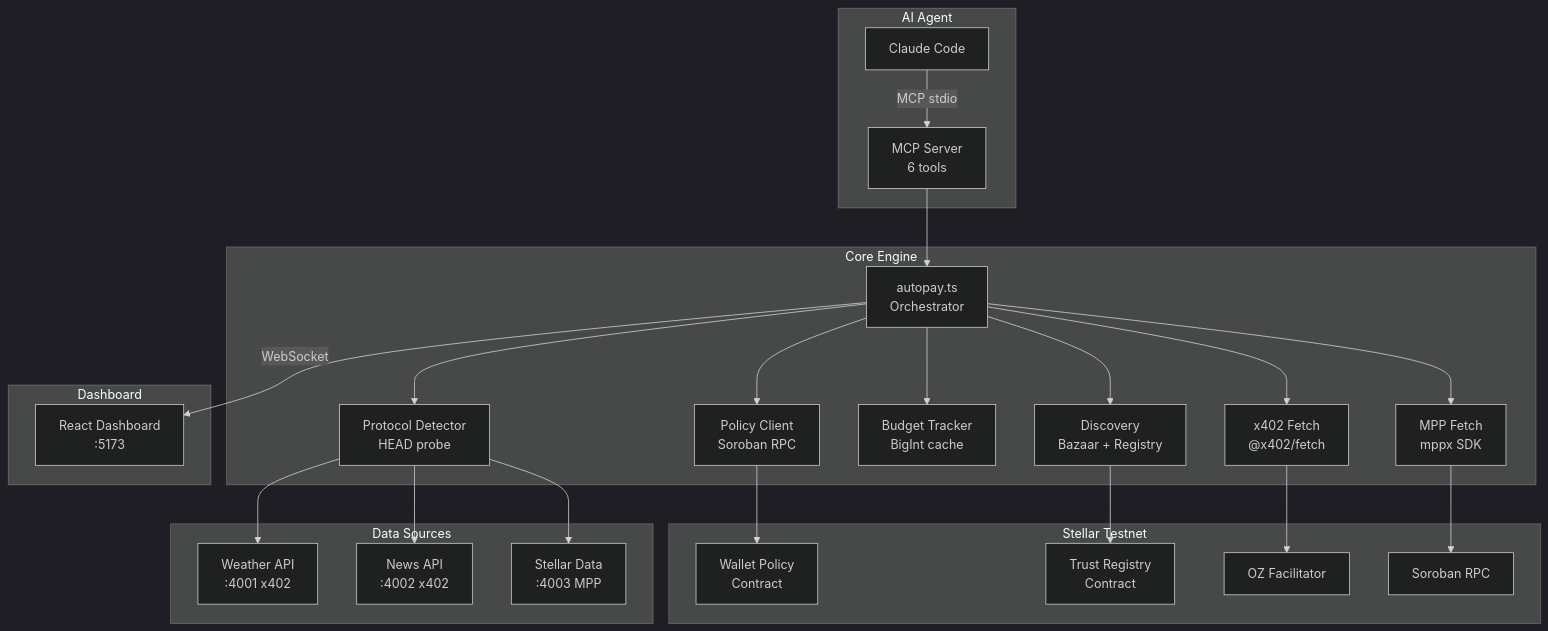
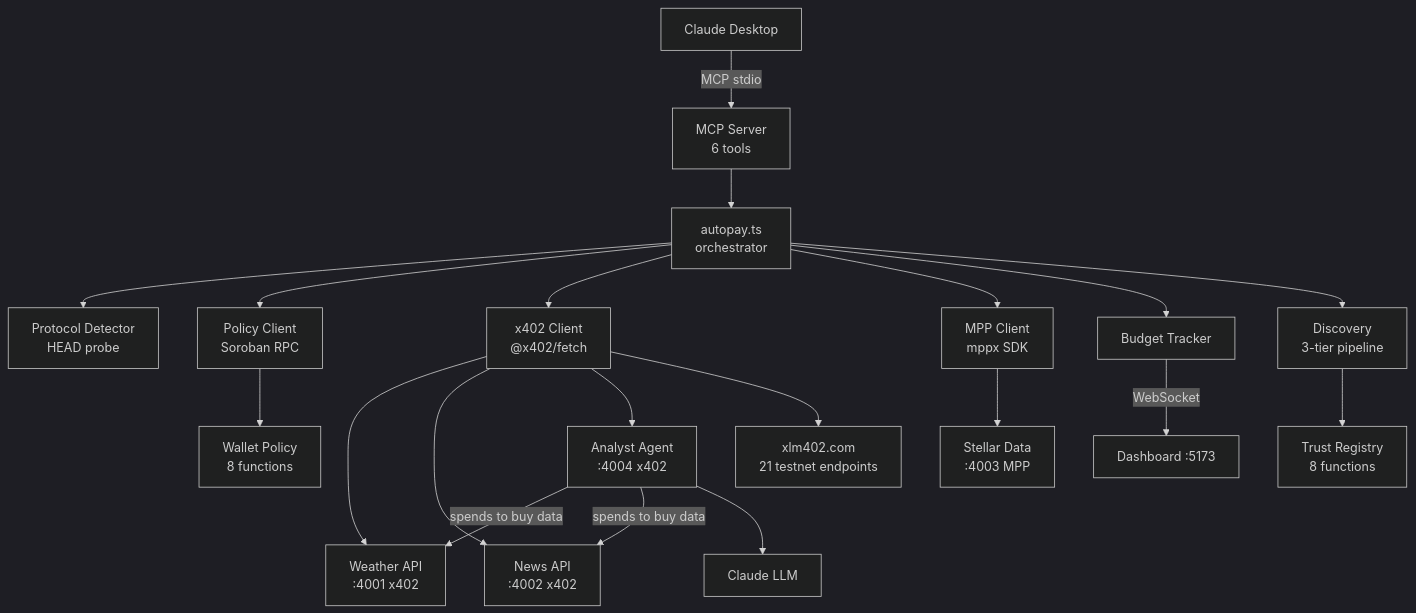
Before and after one commit to Andy00L/x402-autopilot: the diagram in README.md, drawn with Mermaid (dark theme). The commit also changed other lines of this file and 7 other files, not shown here.

Commit message:
final: docs, agent-to-agent, xlm402, trust-registry-v2

````diff
--- a/README.md
+++ b/README.md
@@ -15,33 +15,27 @@
 ```mermaid
-graph TD
-    subgraph "AI Agent"
-        CC[Claude Code] -->|MCP stdio| MCP[MCP Server<br>6 tools]
-    end
+flowchart TD
+    Claude["Claude Desktop"] -->|MCP stdio| MCP["MCP Server<br/>6 tools"]
 
-    subgraph "Core Engine"
-        MCP --> AP[autopay.ts<br>Orchestrator]
-        AP --> PD[Protocol Detector<br>HEAD probe]
-        AP --> PC[Policy Client<br>Soroban RPC]
-        AP --> BT[Budget Tracker<br>BigInt cache]
-        AP --> DC[Discovery<br>Bazaar + Registry]
-        AP --> X4[x402 Fetch<br>@x402/fetch]
-        AP --> MP[MPP Fetch<br>mppx SDK]
-    end
+    MCP --> AP["autopay.ts<br/>orchestrator"]
+    AP --> PD["Protocol Detector<br/>HEAD probe"]
+    AP --> PC["Policy Client<br/>Soroban RPC"]
+    AP --> X4["x402 Client<br/>@x402/fetch"]
+    AP --> MPP["MPP Client<br/>mppx SDK"]
 
-    subgraph "Stellar Testnet"
-        PC --> WP[Wallet Policy<br>Contract]
-        DC --> TR[Trust Registry<br>Contract]
-        X4 --> FAC[OZ Facilitator]
-        MP --> SRPC[Soroban RPC]
-    end
+    PC --> WP["Wallet Policy<br/>8 functions"]
+    AP --> BT["Budget Tracker"]
+    BT -->|WebSocket| DASH["Dashboard :5173"]
 
-    subgraph "Data Sources"
-        PD --> W[Weather API<br>:4001 x402]
-        PD --> N[News API<br>:4002 x402]
-        PD --> S[Stellar Data<br>:4003 MPP]
-    end
+    X4 --> W1["Weather API<br/>:4001 x402"]
+    X4 --> N1["News API<br/>:4002 x402"]
+    X4 --> AN["Analyst Agent<br/>:4004 x402"]
+    X4 --> XL["xlm402.com<br/>21 testnet endpoints"]
+    MPP --> SD["Stellar Data<br/>:4003 MPP"]
 
-    subgraph "Dashboard"
-        AP -->|WebSocket| DASH[React Dashboard<br>:5173]
-    end
+    AN -->|"spends to buy data"| W1
+    AN -->|"spends to buy data"| N1
+    AN --> LLM["Claude LLM"]
+
+    AP --> DC["Discovery<br/>3-tier pipeline"]
+    DC --> TR["Trust Registry<br/>8 functions"]
 ```
````
